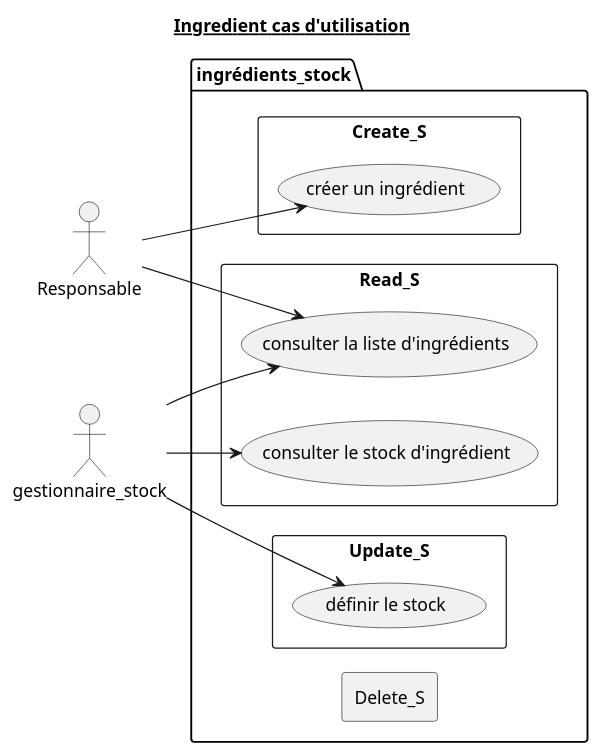
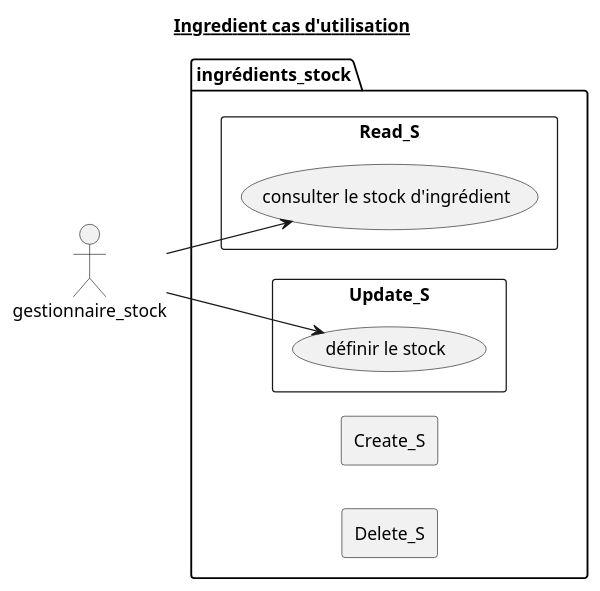
The diagram in doc/uml/2_Ingredient_UseCaseDiagram.puml (Zepmanbc/oc_dapython_pr4), drawn with PlantUML before and after one commit. The commit also changed 21 other files, not shown here.

```diff
--- a/doc/uml/2_Ingredient_UseCaseDiagram.puml
+++ b/doc/uml/2_Ingredient_UseCaseDiagram.puml
@@ -1,33 +1,26 @@
 @startuml 2_Ingredient_UseCaseDiagram
 
 title <u>Ingredient cas d'utilisation</u>
 
 left to right direction
 
-actor Responsable as RESP
 actor gestionnaire_stock as GEST
 
 ' INGREDIENTS
 package ingrédients_stock {
     rectangle Create_S{
-        (créer un ingrédient) AS CREATE_ITEM
     }
     rectangle Read_S {
-        (consulter la liste d'ingrédients) AS LIST_ITEM
         (consulter le stock d'ingrédient) AS SHOW_ITEM
     }
     rectangle Update_S {
         (définir le stock) AS SET_ITEN
     }
     rectangle Delete_S{
-
     }
 }
 
-RESP --> CREATE_ITEM
-RESP --> LIST_ITEM
-GEST --> LIST_ITEM
 GEST --> SET_ITEN
 GEST --> SHOW_ITEM
 
 @enduml
```
